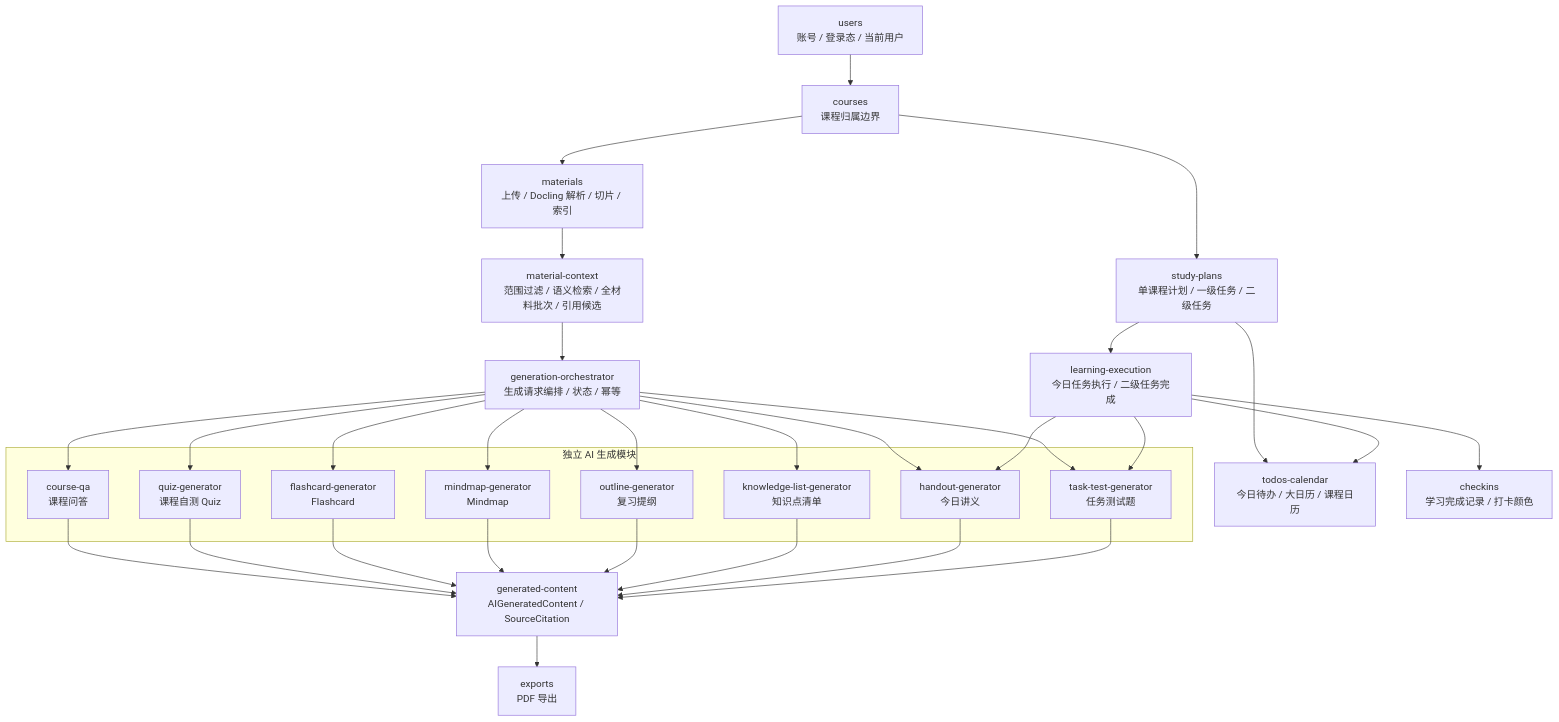
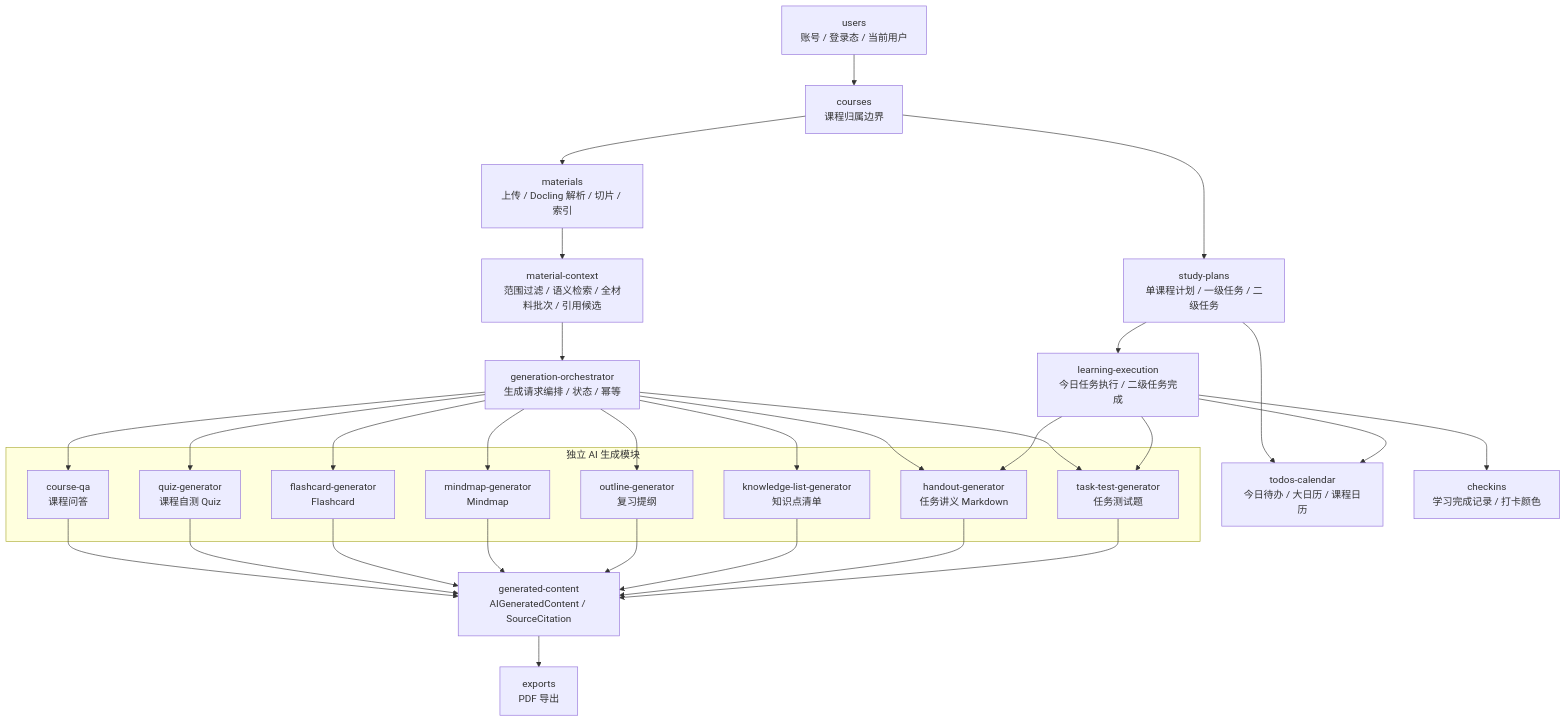
Before and after one commit to cyruan815/CourseNexus: the first of 2 diagrams in docs/architecture/module-boundaries.md, drawn with Mermaid. The commit also changed other lines of this file and 15 other files, not shown here.

````diff
--- a/docs/architecture/module-boundaries.md
+++ b/docs/architecture/module-boundaries.md
@@ -42,55 +42,55 @@
 ```mermaid
 flowchart TB
     U["users<br/>账号 / 登录态 / 当前用户"]
     C["courses<br/>课程归属边界"]
     M["materials<br/>上传 / Docling 解析 / 切片 / 索引"]
     MC["material-context<br/>范围过滤 / 语义检索 / 全材料批次 / 引用候选"]
     GO["generation-orchestrator<br/>生成请求编排 / 状态 / 幂等"]
     GC["generated-content<br/>AIGeneratedContent / SourceCitation"]
 
     subgraph GEN["独立 AI 生成模块"]
         QA["course-qa<br/>课程问答"]
         QZ["quiz-generator<br/>课程自测 Quiz"]
         FC["flashcard-generator<br/>Flashcard"]
         MM["mindmap-generator<br/>Mindmap"]
         OL["outline-generator<br/>复习提纲"]
         KL["knowledge-list-generator<br/>知识点清单"]
-        HO["handout-generator<br/>今日讲义"]
+        HO["handout-generator<br/>任务讲义 Markdown"]
         TT["task-test-generator<br/>任务测试题"]
     end
 
     SP["study-plans<br/>单课程计划 / 一级任务 / 二级任务"]
     TC["todos-calendar<br/>今日待办 / 大日历 / 课程日历"]
     LE["learning-execution<br/>今日任务执行 / 二级任务完成"]
     CK["checkins<br/>学习完成记录 / 打卡颜色"]
     EX["exports<br/>PDF 导出"]
 
     U --> C
     C --> M
     M --> MC
     C --> SP
     MC --> GO
     GO --> QA
     GO --> QZ
     GO --> FC
     GO --> MM
     GO --> OL
     GO --> KL
     GO --> HO
     GO --> TT
     QA --> GC
     QZ --> GC
     FC --> GC
     MM --> GC
     OL --> GC
     KL --> GC
     HO --> GC
     TT --> GC
     SP --> TC
     SP --> LE
     LE --> HO
     LE --> TT
     LE --> CK
     LE --> TC
     GC --> EX
 ```
````
